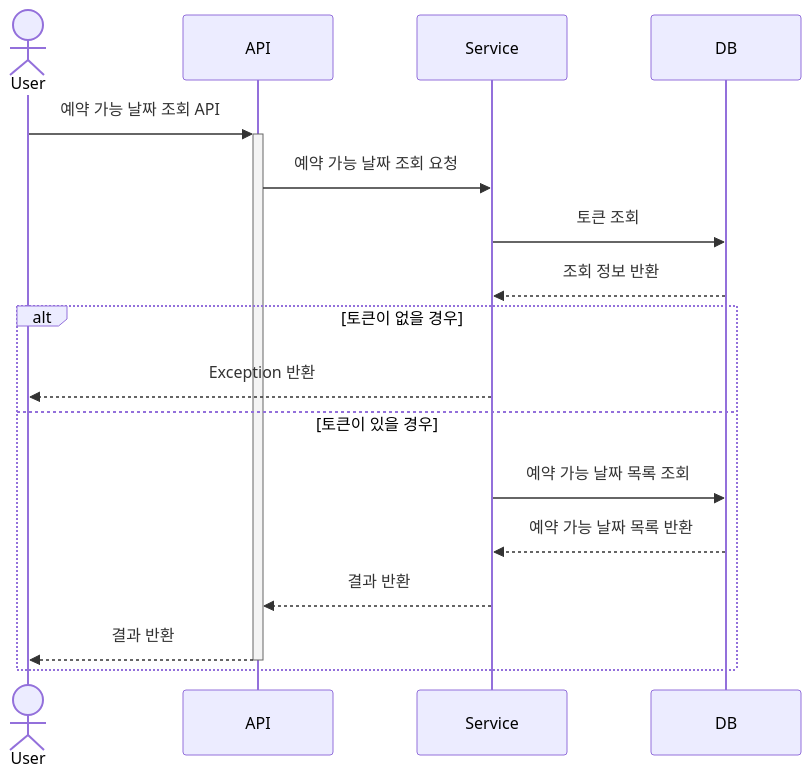
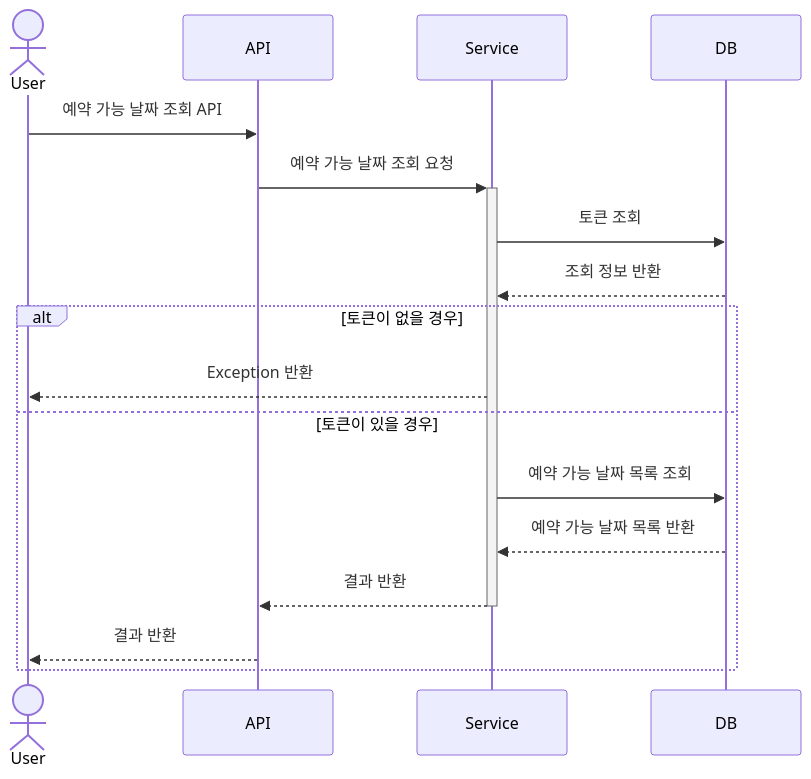
Before and after one commit to hyunn12/concert-reservation: the second of 7 diagrams in docs/SequenceDiagram.md, drawn with Mermaid. The commit also changed other lines of this file and 1 other file, not shown here.

Commit message:
refactor: 시퀀스 다이어그램 activation bar 위치 수정 [#3]

````diff
--- a/docs/SequenceDiagram.md
+++ b/docs/SequenceDiagram.md
@@ -23,17 +23,17 @@
 ```mermaid
 sequenceDiagram
     actor User
 
-    User->>+API: 예약 가능 날짜 조회 API
-    API->>Service: 예약 가능 날짜 조회 요청
+    User->>API: 예약 가능 날짜 조회 API
+    API->>+Service: 예약 가능 날짜 조회 요청
     Service->>DB: 토큰 조회
     DB-->>Service: 조회 정보 반환
     alt 토큰이 없을 경우
         Service-->>User: Exception 반환
     else 토큰이 있을 경우
         Service->>DB: 예약 가능 날짜 목록 조회
         DB-->>Service: 예약 가능 날짜 목록 반환
-        Service-->>API: 결과 반환
-        API-->>-User: 결과 반환
+        Service-->>-API: 결과 반환
+        API-->>User: 결과 반환
     end
 ```
````
